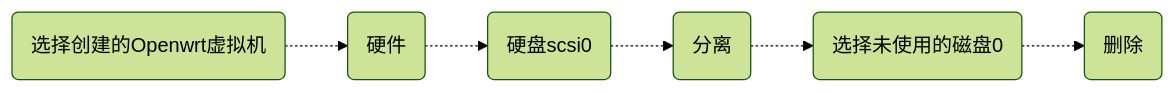
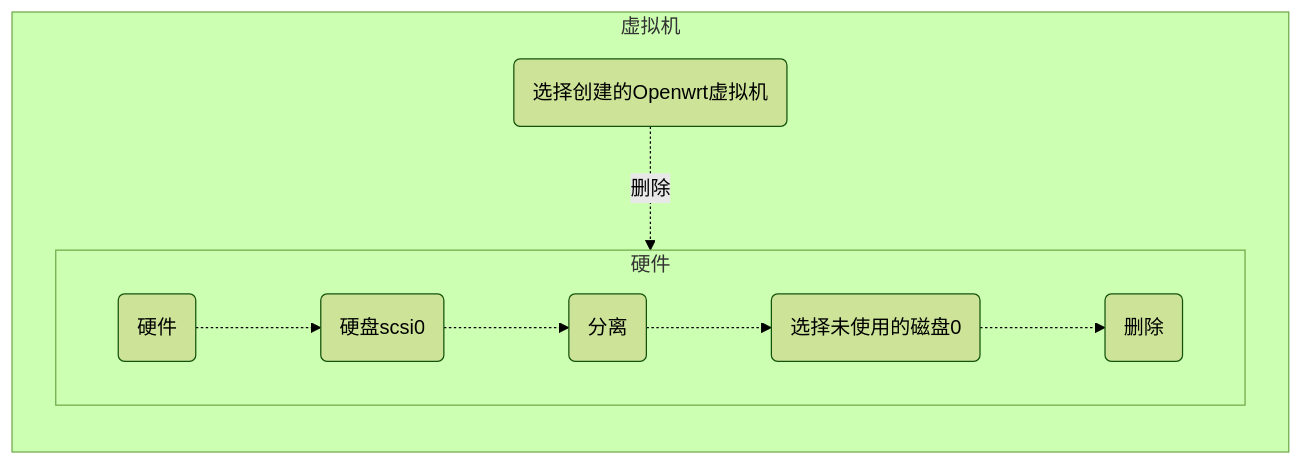
One commit to qingzhiku/MicroService changed the first of 7 diagrams in pve安装ikuai+openwrt主副软路由及配置.md. Above: the diagram before and after it, drawn with Mermaid (forest theme). The commit also changed other lines of this file, not shown here.

````diff
--- a/pve安装ikuai+openwrt主副软路由及配置.md
+++ b/pve安装ikuai+openwrt主副软路由及配置.md
@@ -180,9 +189,17 @@
 ```mermaid
-graph LR 
-1(选择创建的Openwrt虚拟机) -.->
-2(硬件) -.->
-3(硬盘scsi0) -.->
-4(分离) -.->
-5(选择未使用的磁盘0)-.->
-6(删除)
+flowchart
+subgraph 虚拟机
+    direction TB
+    1(选择创建的Openwrt虚拟机)
+
+    subgraph 硬件
+        direction LR
+        2(硬件) -.->
+        3(硬盘scsi0) -.->
+        4(分离) -.->
+        5(选择未使用的磁盘0)-.->
+        6(删除)
+    end
+end
+1-.删除.->硬件
 ```  
````
